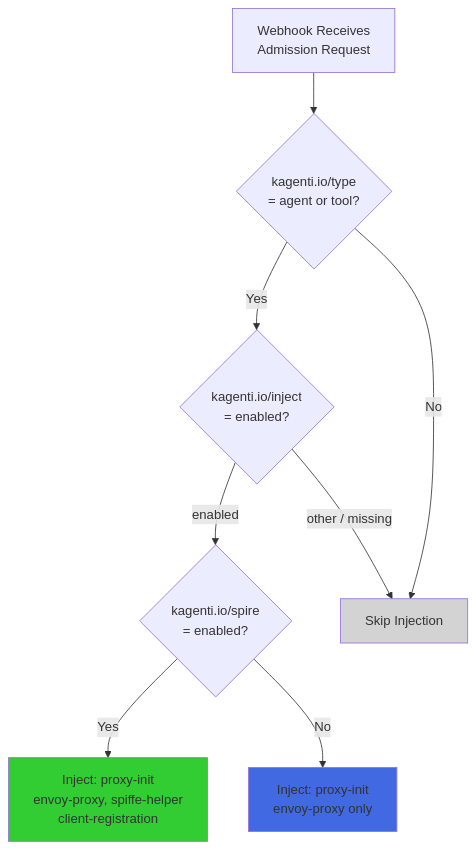
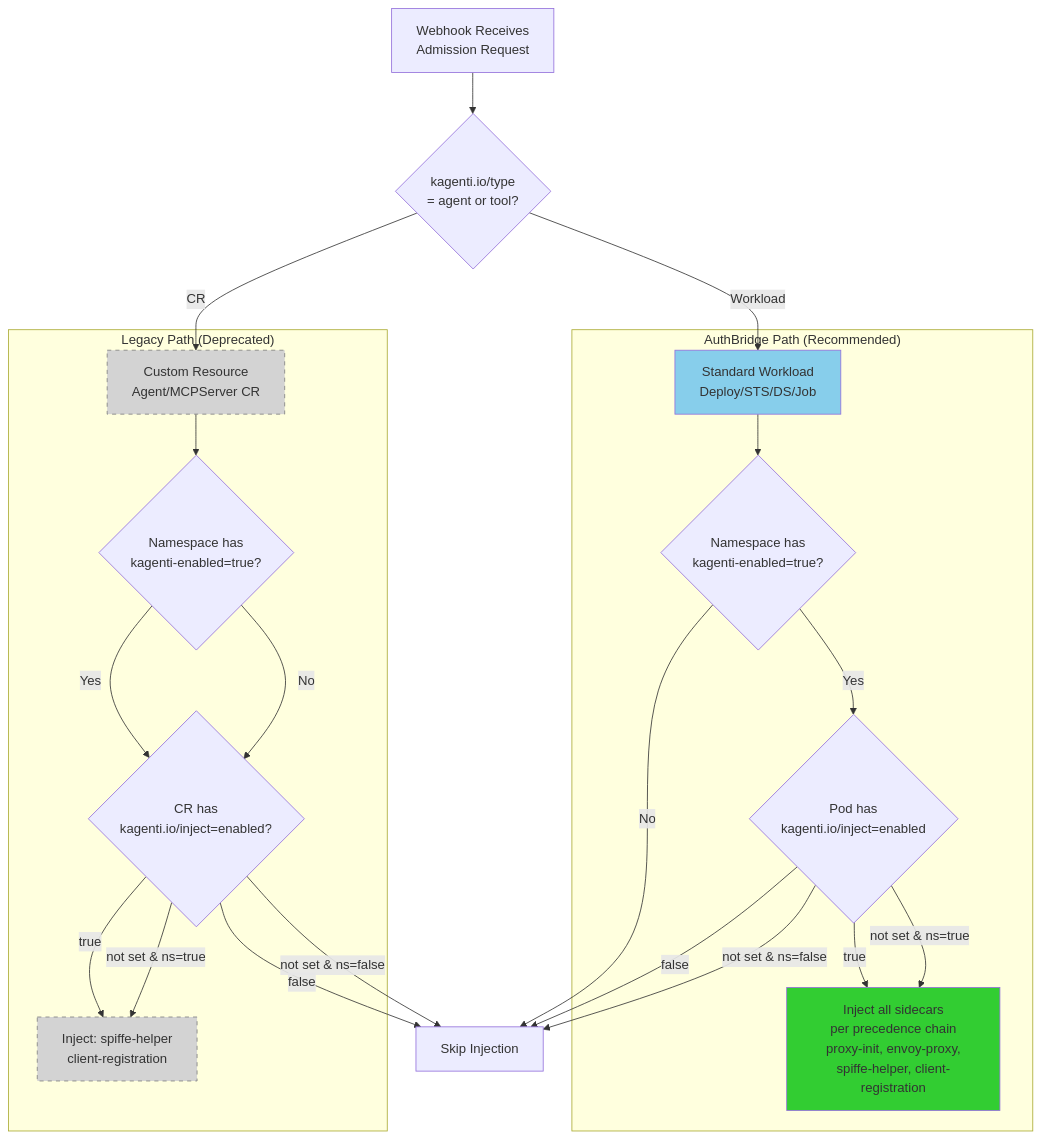
The fourth of 4 diagrams in kagenti-webhook/ARCHITECTURE.md (cwiklik/kagenti-extensions), drawn with Mermaid before and after one commit. The commit also changed other lines of this file and 6 other files, not shown here.

First line of the commit message:
fix: Refine spiffe-helper opt-out, add SecurityContext, improve scripts

````diff
--- a/kagenti-webhook/ARCHITECTURE.md
+++ b/kagenti-webhook/ARCHITECTURE.md
@@ -128,25 +128,47 @@
 ```mermaid
 graph TD
     START[Webhook Receives<br/>Admission Request]
 
     CHECK_TYPE{kagenti.io/type<br/>= agent or tool?}
-    CHECK_INJECT{kagenti.io/inject<br/>= enabled?}
-    CHECK_SPIRE{kagenti.io/spire<br/>= enabled?}
 
-    INJECT_FULL[Inject: proxy-init<br/>envoy-proxy, spiffe-helper<br/>client-registration]
-    INJECT_BASIC[Inject: proxy-init<br/>envoy-proxy only]
+    subgraph "AuthBridge Path (Recommended)"
+        WORKLOAD[Standard Workload<br/>Deploy/STS/DS/Job]
+        CHECK_NS_AB{Namespace has<br/>kagenti-enabled=true?}
+        CHECK_LABEL{Pod has<br/>kagenti.io/inject=enabled}
+        INJECT_FULL[Inject all sidecars<br/>per precedence chain<br/>proxy-init, envoy-proxy,<br/>spiffe-helper, client-registration]
+    end
+
+    subgraph "Legacy Path (Deprecated)"
+        CUSTOM[Custom Resource<br/>Agent/MCPServer CR]
+        CHECK_NS_LEG{Namespace has<br/>kagenti-enabled=true?}
+        CHECK_ANNO{CR has<br/>kagenti.io/inject=enabled?}
+        INJECT_SPIRE[Inject: spiffe-helper<br/>client-registration]
+    end
+
     SKIP[Skip Injection]
 
     START --> CHECK_TYPE
-    CHECK_TYPE -->|No| SKIP
-    CHECK_TYPE -->|Yes| CHECK_INJECT
-    CHECK_INJECT -->|enabled| CHECK_SPIRE
-    CHECK_INJECT -->|other / missing| SKIP
+    CHECK_TYPE -->|Workload| WORKLOAD
+    CHECK_TYPE -->|CR| CUSTOM
 
-    CHECK_SPIRE -->|Yes| INJECT_FULL
-    CHECK_SPIRE -->|No| INJECT_BASIC
+    WORKLOAD --> CHECK_NS_AB
+    CHECK_NS_AB -->|Yes| CHECK_LABEL
+    CHECK_NS_AB -->|No| SKIP
+    CHECK_LABEL -->|true| INJECT_FULL
+    CHECK_LABEL -->|false| SKIP
+    CHECK_LABEL -->|not set & ns=true| INJECT_FULL
+    CHECK_LABEL -->|not set & ns=false| SKIP
+
+    CUSTOM --> CHECK_NS_LEG
+    CHECK_NS_LEG -->|Yes| CHECK_ANNO
+    CHECK_NS_LEG -->|No| CHECK_ANNO
+    CHECK_ANNO -->|true| INJECT_SPIRE
+    CHECK_ANNO -->|false| SKIP
+    CHECK_ANNO -->|not set & ns=true| INJECT_SPIRE
+    CHECK_ANNO -->|not set & ns=false| SKIP
 
     style INJECT_FULL fill:#32CD32
-    style INJECT_BASIC fill:#4169E1
-    style SKIP fill:#D3D3D3
+    style INJECT_SPIRE fill:#D3D3D3,stroke:#808080,stroke-dasharray: 5 5
+    style WORKLOAD fill:#87CEEB
+    style CUSTOM fill:#D3D3D3,stroke:#808080,stroke-dasharray: 5 5
 ```
````
